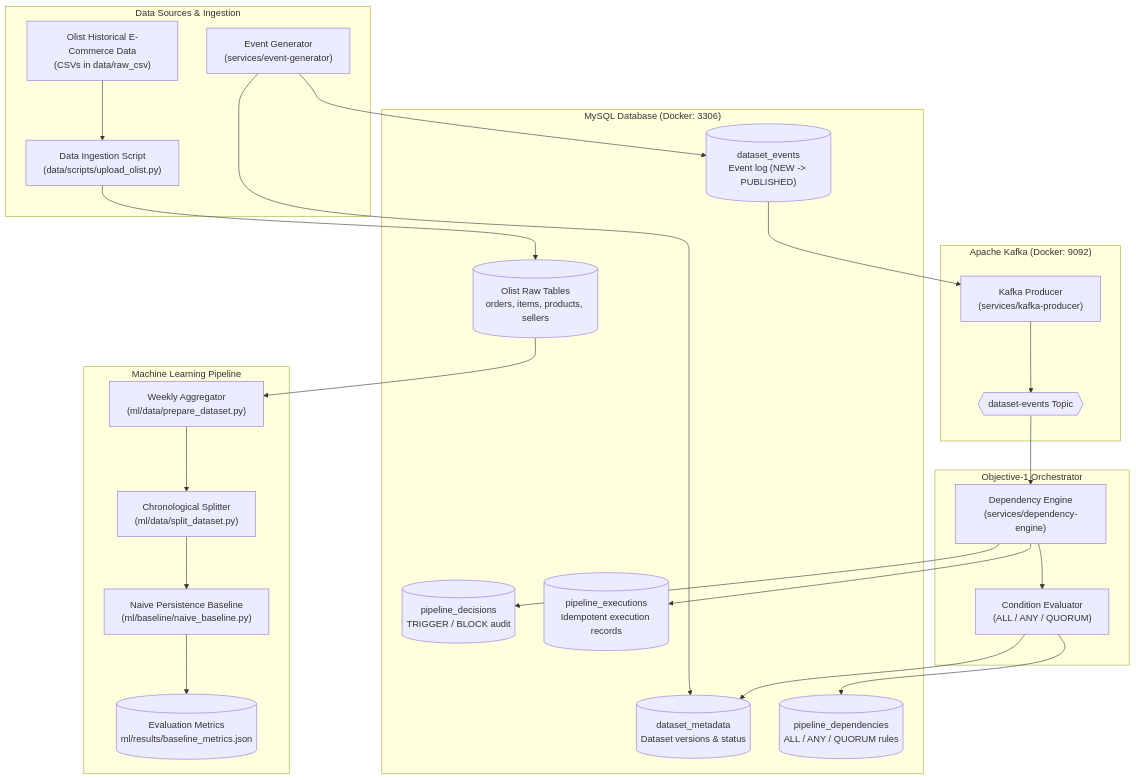
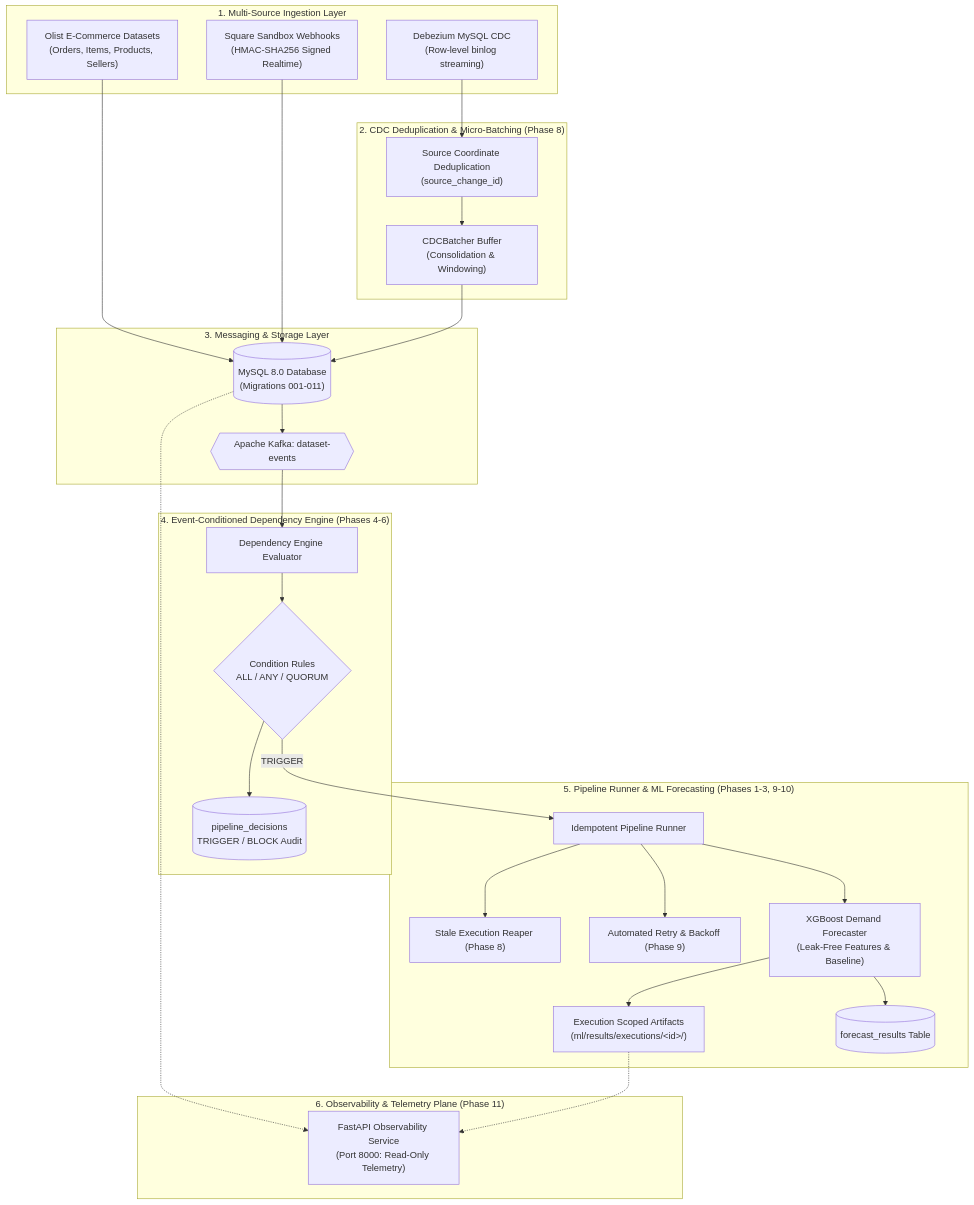
The diagram in README.md (Varun-sai018/SupplySense-AI), drawn with Mermaid before and after one commit. The commit also changed other lines of this file and 3 other files, not shown here.

````diff
--- a/README.md
+++ b/README.md
@@ -9,46 +11,53 @@
 ```mermaid
 flowchart TD
-    subgraph DataSources["Data Sources & Ingestion"]
-        Olist["Olist Historical E-Commerce Data<br/>(CSVs in data/raw_csv)"]
-        Ingest["Data Ingestion Script<br/>(data/scripts/upload_olist.py)"]
-        Sim["Event Generator<br/>(services/event-generator)"]
+    subgraph DataSources["1. Multi-Source Ingestion Layer"]
+        Olist["Olist E-Commerce Datasets<br/>(Orders, Items, Products, Sellers)"]
+        Square["Square Sandbox Webhooks<br/>(HMAC-SHA256 Signed Realtime)"]
+        CDC["Debezium MySQL CDC<br/>(Row-level binlog streaming)"]
     end
 
-    subgraph MySQLStorage["MySQL Database (Docker: 3306)"]
-        RawTables[("Olist Raw Tables<br/>orders, items, products, sellers")]
-        Meta[("dataset_metadata<br/>Dataset versions & status")]
-        Events[("dataset_events<br/>Event log (NEW -> PUBLISHED)")]
-        Deps[("pipeline_dependencies<br/>ALL / ANY / QUORUM rules")]
-        Decisions[("pipeline_decisions<br/>TRIGGER / BLOCK audit")]
-        Execs[("pipeline_executions<br/>Idempotent execution records")]
+    subgraph ResilientCDC["2. CDC Deduplication & Micro-Batching (Phase 8)"]
+        Dedup["Source Coordinate Deduplication<br/>(source_change_id)"]
+        Batcher["CDCBatcher Buffer<br/>(Consolidation & Windowing)"]
     end
 
-    subgraph Messaging["Apache Kafka (Docker: 9092)"]
-        Producer["Kafka Producer<br/>(services/kafka-producer)"]
-        Topic{{"dataset-events Topic"}}
+    subgraph EventTransport["3. Messaging & Storage Layer"]
+        Kafka{{"Apache Kafka: dataset-events"}}
+        MySQL[("MySQL 8.0 Database<br/>(Migrations 001-011)")]
     end
 
-    subgraph Orchestration["Objective-1 Orchestrator"]
-        Engine["Dependency Engine<br/>(services/dependency-engine)"]
-        Evaluator["Condition Evaluator<br/>(ALL / ANY / QUORUM)"]
+    subgraph Orchestration["4. Event-Conditioned Dependency Engine (Phases 4-6)"]
+        Engine["Dependency Engine Evaluator"]
+        Rules{"Condition Rules<br/>ALL / ANY / QUORUM"}
+        Decisions[("pipeline_decisions<br/>TRIGGER / BLOCK Audit")]
     end
 
-    subgraph MLPipeline["Machine Learning Pipeline"]
-        Prep["Weekly Aggregator<br/>(ml/data/prepare_dataset.py)"]
-        Split["Chronological Splitter<br/>(ml/data/split_dataset.py)"]
-        Baseline["Naive Persistence Baseline<br/>(ml/baseline/naive_baseline.py)"]
-        Metrics[("Evaluation Metrics<br/>ml/results/baseline_metrics.json")]
+    subgraph ExecutionPlane["5. Pipeline Runner & ML Forecasting (Phases 1-3, 9-10)"]
+        Runner["Idempotent Pipeline Runner"]
+        Reaper["Stale Execution Reaper (Phase 8)"]
+        Retry["Automated Retry & Backoff (Phase 9)"]
+        ML["XGBoost Demand Forecaster<br/>(Leak-Free Features & Baseline)"]
+        ScopedArtifacts["Execution Scoped Artifacts<br/>(ml/results/executions/&lt;id&gt;/)"]
+        ForecastDB[("forecast_results Table")]
     end
 
-    Olist --> Ingest --> RawTables
-    Sim --> Meta
-    Sim --> Events
-    Events --> Producer --> Topic
-    Topic --> Engine
-    Engine --> Evaluator
-    Evaluator --> Deps
-    Evaluator --> Meta
-    Engine --> Decisions
-    Engine --> Execs
-    RawTables --> Prep --> Split --> Baseline --> Metrics
+    subgraph ObservabilityLayer["6. Observability & Telemetry Plane (Phase 11)"]
+        ObsAPI["FastAPI Observability Service<br/>(Port 8000: Read-Only Telemetry)"]
+    end
+
+    Olist --> MySQL
+    Square --> MySQL
+    CDC --> Dedup --> Batcher --> MySQL
+    MySQL --> Kafka
+    Kafka --> Engine
+    Engine --> Rules
+    Rules --> Decisions
+    Rules -- TRIGGER --> Runner
+    Runner --> Reaper
+    Runner --> Retry
+    Runner --> ML
+    ML --> ScopedArtifacts
+    ML --> ForecastDB
+    MySQL -.-> ObsAPI
+    ScopedArtifacts -.-> ObsAPI
 ```
````
